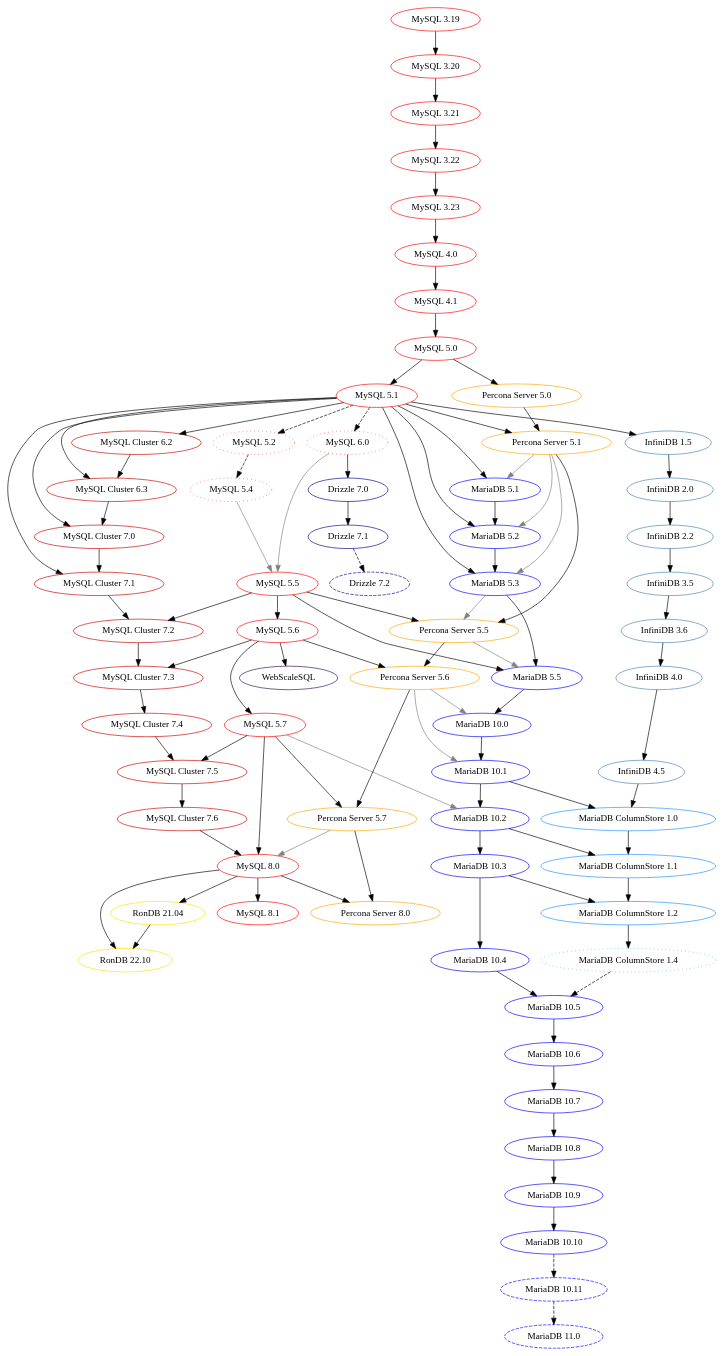
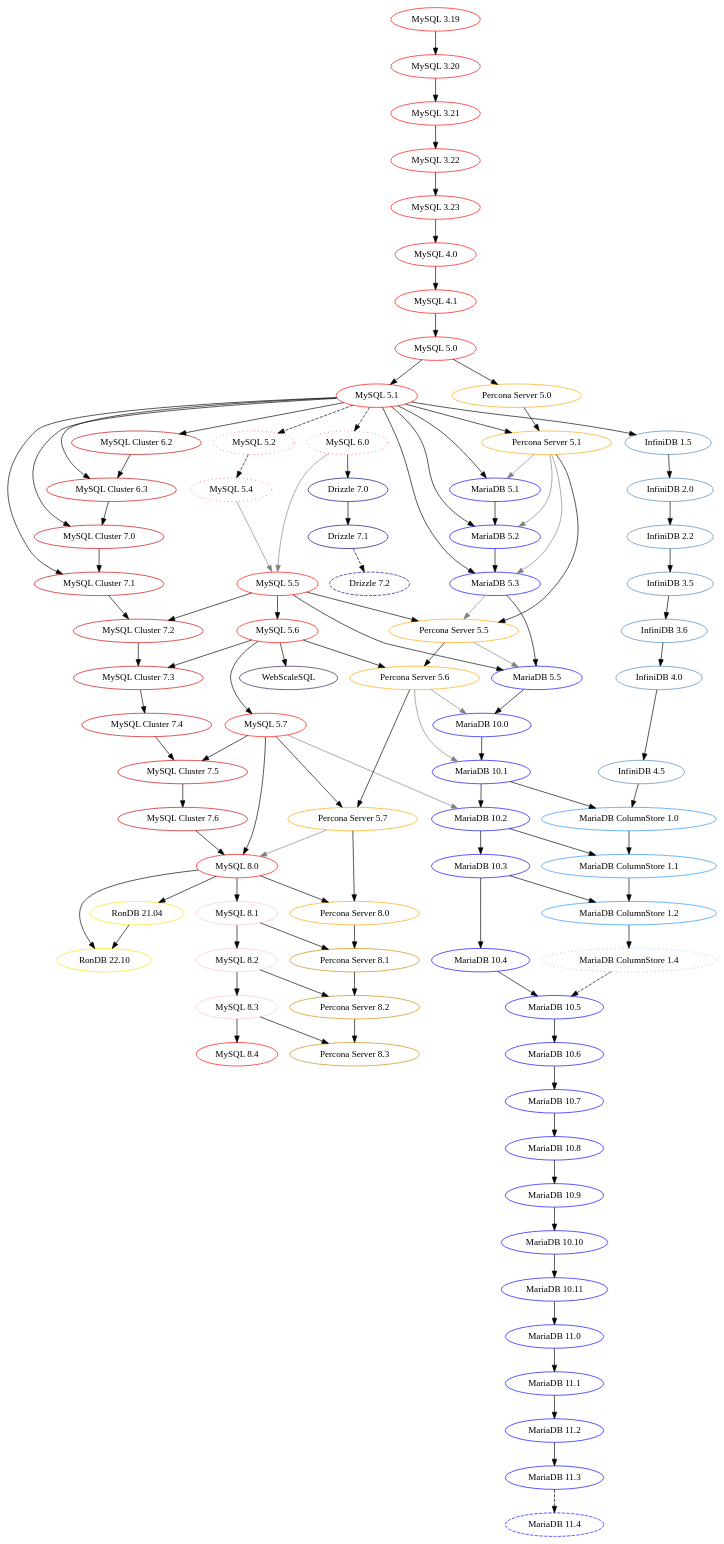
One commit to dveeden/mysql-history-graph changed the diagram in mysql-history-graph.dot. Above: the diagram before and after it, drawn with Graphviz. The commit also changed 2 other files, not shown here.

Commit message:
Update for new MySQL, Percona and MariaDB versions

```diff
--- a/mysql-history-graph.dot
+++ b/mysql-history-graph.dot
@@ -4,13 +4,13 @@
 	   Standards:
 	   Non-GA: 		                    dashed
 	   Abandoned / No public release: 	dotted
-	   Oracle MySQL: 	                red
+	   Oracle MySQL: 	                LTS=red, Innovation=pink
 	   MySQL Cluster: 	                red3
 	   MariaDB: 		                blue
        InfiniDB:                        steelblue
        MariaDB ColumnStore:             dodgerblue
 	   Drizzle: 		                blue4
-	   Percona Server: 	                orange
+	   Percona Server: 	                LTS=orange, Innovation=orange3
 	*/
 
 	/* MySQL/Sun/Oracle MySQL GA */
@@ -27,7 +27,10 @@
 	"MySQL 5.6" [color="red"];
 	"MySQL 5.7" [color="red"];
 	"MySQL 8.0" [color="red"];
-	"MySQL 8.1" [color="red"];
+	"MySQL 8.1" [color="pink"];
+	"MySQL 8.2" [color="pink"];
+	"MySQL 8.3" [color="pink"];
+	"MySQL 8.4" [color="red"];
 	"MySQL 3.19" -> "MySQL 3.20";
 	"MySQL 3.20" -> "MySQL 3.21";
 	"MySQL 3.21" -> "MySQL 3.22";
@@ -42,6 +45,9 @@
 	"MySQL 5.6" -> "MySQL 5.7";
 	"MySQL 5.7" -> "MySQL 8.0";
 	"MySQL 8.0" -> "MySQL 8.1";
+	"MySQL 8.1" -> "MySQL 8.2";
+	"MySQL 8.2" -> "MySQL 8.3";
+	"MySQL 8.3" -> "MySQL 8.4";
 	"MySQL Cluster 7.6" -> "MySQL 8.0";
 
 	/* MySQL/Sun/Oracle non-GA */	
@@ -97,8 +103,12 @@
 	"MariaDB 10.8" [color="blue"];
 	"MariaDB 10.9" [color="blue"];
 	"MariaDB 10.10" [color="blue"];
-	"MariaDB 10.11" [color="blue", style="dashed"];
-	"MariaDB 11.0" [color="blue", style="dashed"];
+	"MariaDB 10.11" [color="blue"];
+	"MariaDB 11.0" [color="blue"];
+	"MariaDB 11.1" [color="blue"];
+	"MariaDB 11.2" [color="blue"];
+	"MariaDB 11.3" [color="blue"];
+	"MariaDB 11.4" [color="blue", style="dashed"];
 	"MySQL 5.1" -> "MariaDB 5.1";
 	"Percona Server 5.1" -> "MariaDB 5.1" [color="grey"]; // XtraDB
 	"MySQL 5.1" -> "MariaDB 5.2";
@@ -132,8 +142,12 @@
 	"MariaDB 10.7" -> "MariaDB 10.8";
 	"MariaDB 10.8" -> "MariaDB 10.9";
 	"MariaDB 10.9" -> "MariaDB 10.10";
-	"MariaDB 10.10" -> "MariaDB 10.11" [style="dashed"];
-	"MariaDB 10.11" -> "MariaDB 11.0" [style="dashed"];
+	"MariaDB 10.10" -> "MariaDB 10.11";
+	"MariaDB 10.11" -> "MariaDB 11.0";
+	"MariaDB 11.0" -> "MariaDB 11.1";
+	"MariaDB 11.1" -> "MariaDB 11.2";
+	"MariaDB 11.2" -> "MariaDB 11.3";
+	"MariaDB 11.3" -> "MariaDB 11.4" [style="dashed"];
 
     /* InfiniDB */
     "InfiniDB 1.5" [color="steelblue"];
@@ -178,6 +192,9 @@
 	"Percona Server 5.6" [color="orange"];
 	"Percona Server 5.7" [color="orange"];
 	"Percona Server 8.0" [color="orange"];
+	"Percona Server 8.1" [color="orange3"];
+	"Percona Server 8.2" [color="orange3"];
+	"Percona Server 8.3" [color="orange3"];
 	"MySQL 5.0" -> "Percona Server 5.0";
 	"MySQL 5.1" -> "Percona Server 5.1";
 	"Percona Server 5.0" -> "Percona Server 5.1";
@@ -190,6 +207,12 @@
 	"Percona Server 5.6" -> "Percona Server 5.7";
 	"Percona Server 5.7" -> "Percona Server 8.0";
 	"MySQL 8.0" -> "Percona Server 8.0";
+	"Percona Server 8.0" -> "Percona Server 8.1";
+	"MySQL 8.1" -> "Percona Server 8.1";
+	"Percona Server 8.1" -> "Percona Server 8.2";
+	"MySQL 8.2" -> "Percona Server 8.2";
+	"Percona Server 8.2" -> "Percona Server 8.3";
+	"MySQL 8.3" -> "Percona Server 8.3";
 
 	/* Drizzle */
 	"Drizzle 7.0" [color="blue4"];
```
